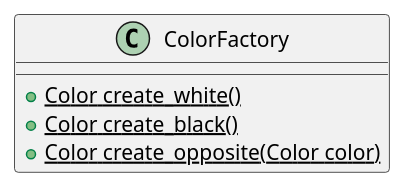
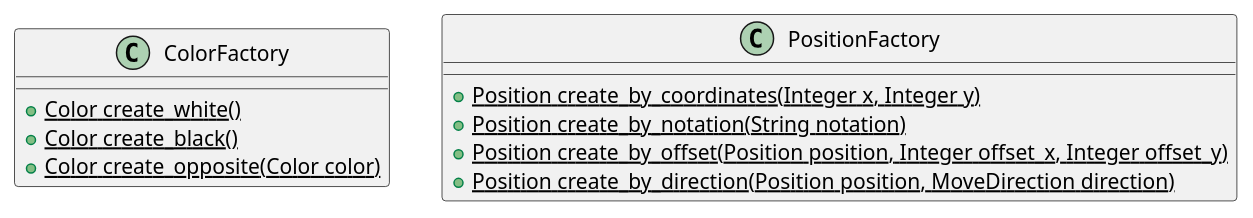
Before and after one commit to AlexeyBazanov/rchess: the diagram in doc/uml/factories.puml, drawn with PlantUML. The commit also changed 9 other files, not shown here.

```diff
--- a/doc/uml/factories.puml
+++ b/doc/uml/factories.puml
@@ -1,7 +1,14 @@
 @startuml
 class ColorFactory {
     + {static} Color create_white()
     + {static} Color create_black()
     + {static} Color create_opposite(Color color)
 }
+
+class PositionFactory {
+    + {static} Position create_by_coordinates(Integer x, Integer y)
+    + {static} Position create_by_notation(String notation)
+    + {static} Position create_by_offset(Position position, Integer offset_x, Integer offset_y)
+    + {static} Position create_by_direction(Position position, MoveDirection direction)
+}
 @enduml
```
